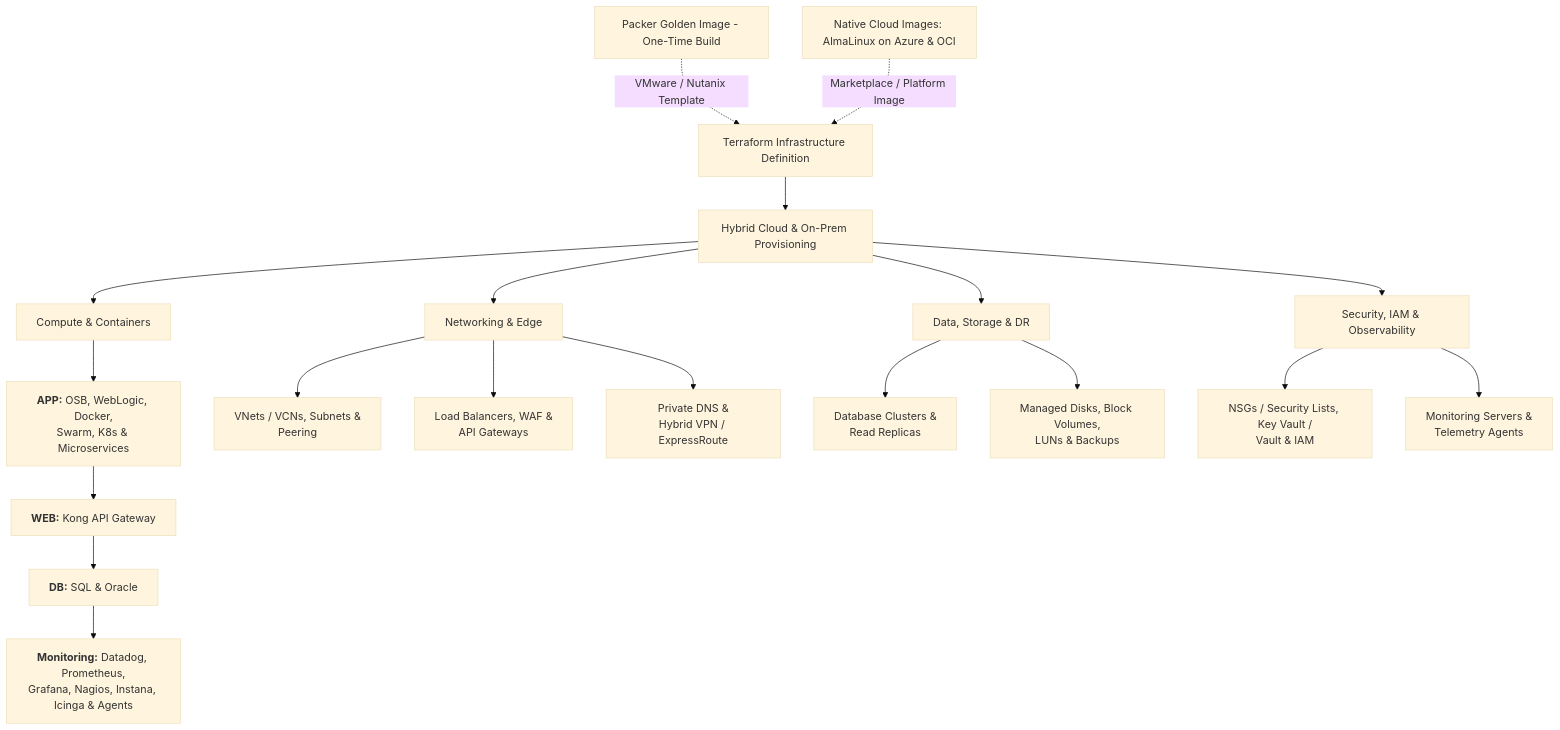
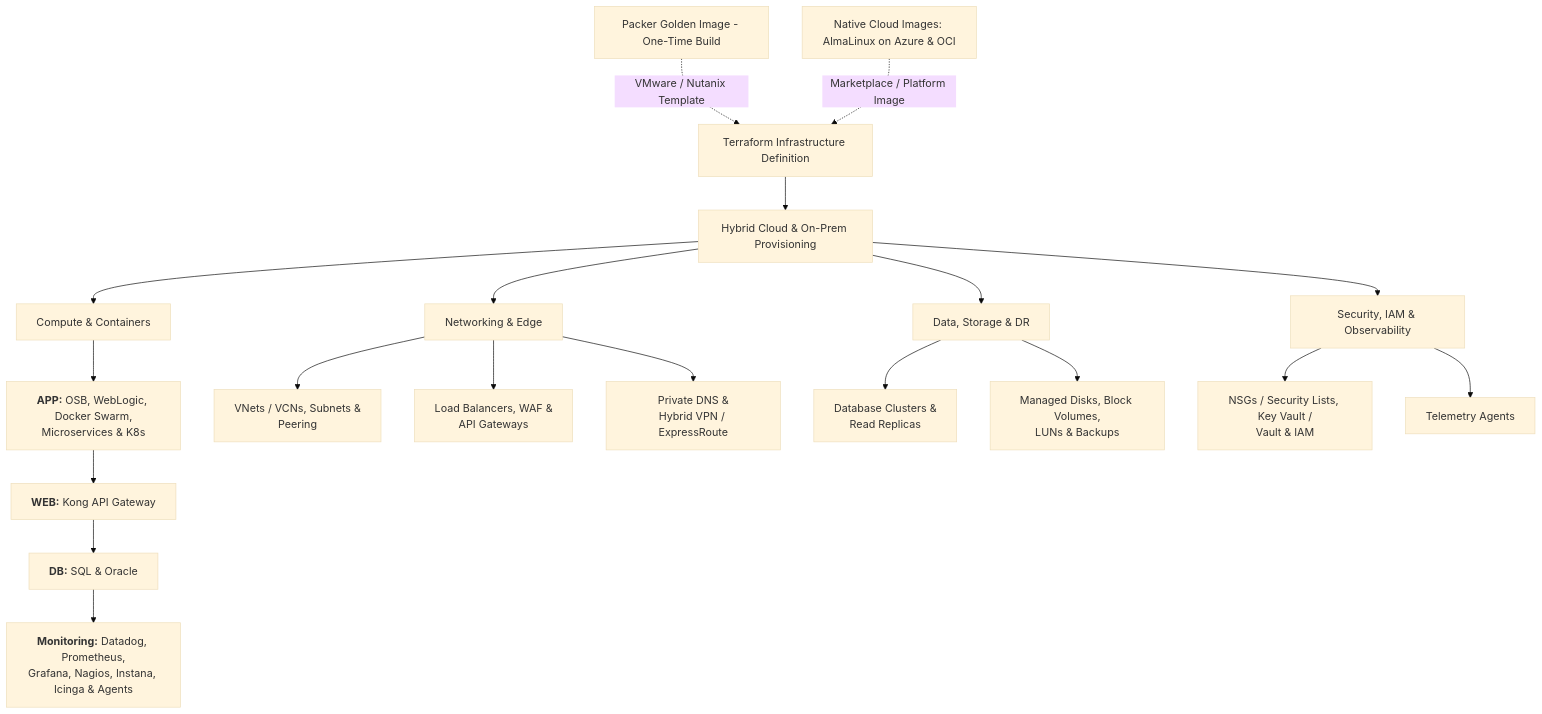
The second of 7 diagrams in docs/index.md (ejpinangog/ejpinangog.github.io), drawn with Mermaid (base theme) before and after one commit. The commit also changed other lines of this file, not shown here.

Commit message:
fix: error diagram infrastructure provisioning

````diff
--- a/docs/index.md
+++ b/docs/index.md
@@ -58,27 +59,27 @@
 ```mermaid
 flowchart TD
     PK[Packer Golden Image - One-Time Build] -.->|VMware / Nutanix Template| TF[Terraform Infrastructure Definition]
     CLD[Native Cloud Images: AlmaLinux on Azure & OCI] -.->|Marketplace / Platform Image| TF
 
     TF --> B[Hybrid Cloud & On-Prem Provisioning]
 
     B --> P1[Compute & Containers]
     B --> P2[Networking & Edge]
     B --> P3[Data, Storage & DR]
     B --> P4[Security, IAM & Observability]
 
-    P1 --> C1["<b>APP:</b> OSB, WebLogic, Docker,<br/>Swarm, K8s & Microservices"]
+    P1 --> C1["<b>APP:</b> OSB, WebLogic, Docker Swarm,<br/>Microservices & K8s"]
     C1 --> WEB["<b>WEB:</b> Kong API Gateway"]
     WEB --> DB["<b>DB:</b> SQL & Oracle"]
     DB --> MON["<b>Monitoring:</b> Datadog, Prometheus,<br/>Grafana, Nagios, Instana, Icinga & Agents"]
 
     P2 --> N1[VNets / VCNs, Subnets &<br/>Peering]
     P2 --> N2[Load Balancers, WAF &<br/>API Gateways]
     P2 --> N3[Private DNS &<br/>Hybrid VPN / ExpressRoute]
 
     P3 --> D1[Database Clusters &<br/>Read Replicas]
     P3 --> D2[Managed Disks, Block Volumes,<br/>LUNs & Backups]
 
     P4 --> S1[NSGs / Security Lists, Key Vault /<br/>Vault & IAM]
-    P4 --> S2[Monitoring Servers &<br/>Telemetry Agents]
+    P4 --> S2[Telemetry Agents]
 ```
````
